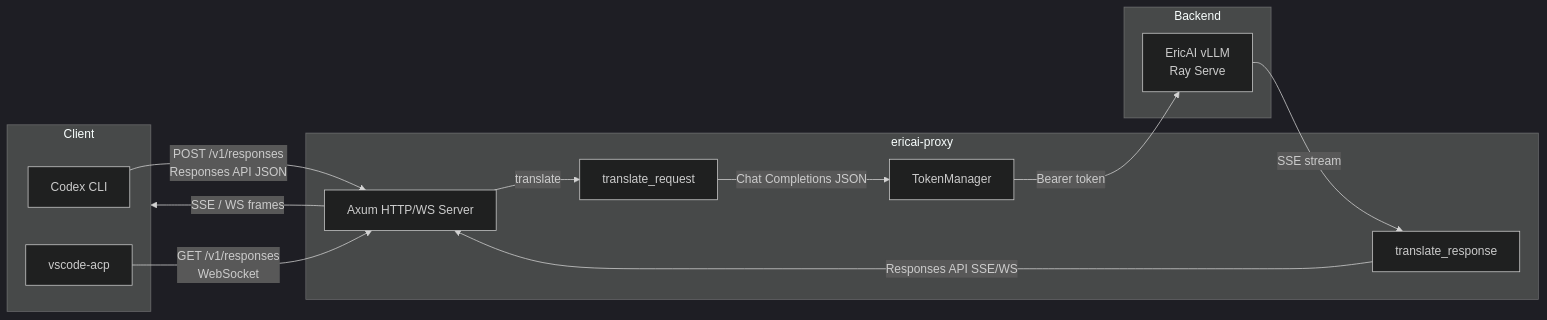
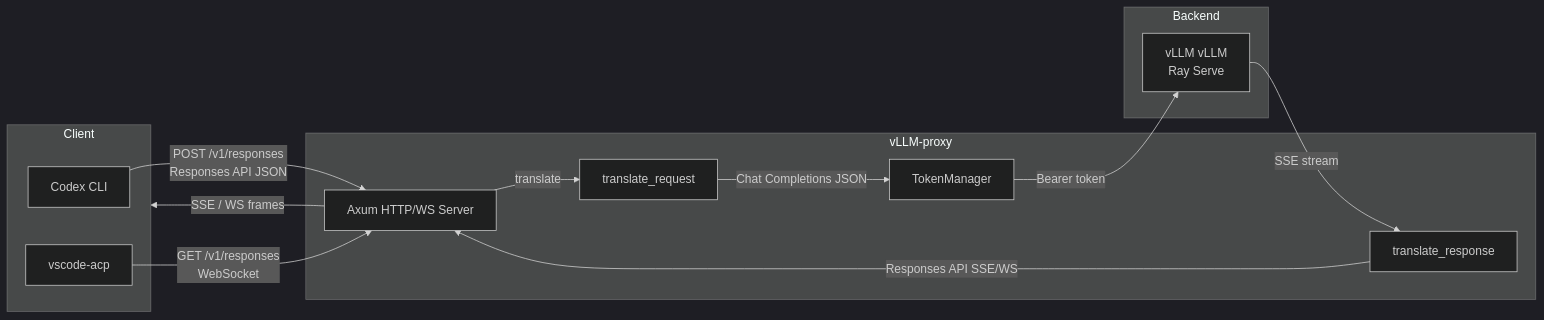
Before and after one commit to kemier/responses-vllm-proxy: the diagram in README.md, drawn with Mermaid (dark theme). The commit also changed other lines of this file and 24 other files, not shown here.

First line of the commit message:
feat: standard vLLM no-auth connection, remove EricAI-specific auth layer

````diff
--- a/README.md
+++ b/README.md
@@ -21,27 +21,27 @@
 ```mermaid
 flowchart LR
     subgraph Client
         CC[Codex CLI]
         ACP[vscode-acp]
     end
 
-    subgraph ericai-proxy
+    subgraph vLLM-proxy
         AX[Axum HTTP/WS Server]
         REQ[translate_request]
         RESP[translate_response]
         AUTH[TokenManager]
     end
 
     subgraph Backend
-        VLLM[EricAI vLLM<br/>Ray Serve]
+        VLLM[vLLM vLLM<br/>Ray Serve]
     end
 
     CC -->|"POST /v1/responses<br/>Responses API JSON"| AX
     ACP -->|"GET /v1/responses<br/>WebSocket"| AX
     AX -->|"translate"| REQ
     REQ -->|"Chat Completions JSON"| AUTH
     AUTH -->|"Bearer token"| VLLM
     VLLM -->|"SSE stream"| RESP
     RESP -->|"Responses API SSE/WS"| AX
     AX -->|"SSE / WS frames"| Client
 ```
````
